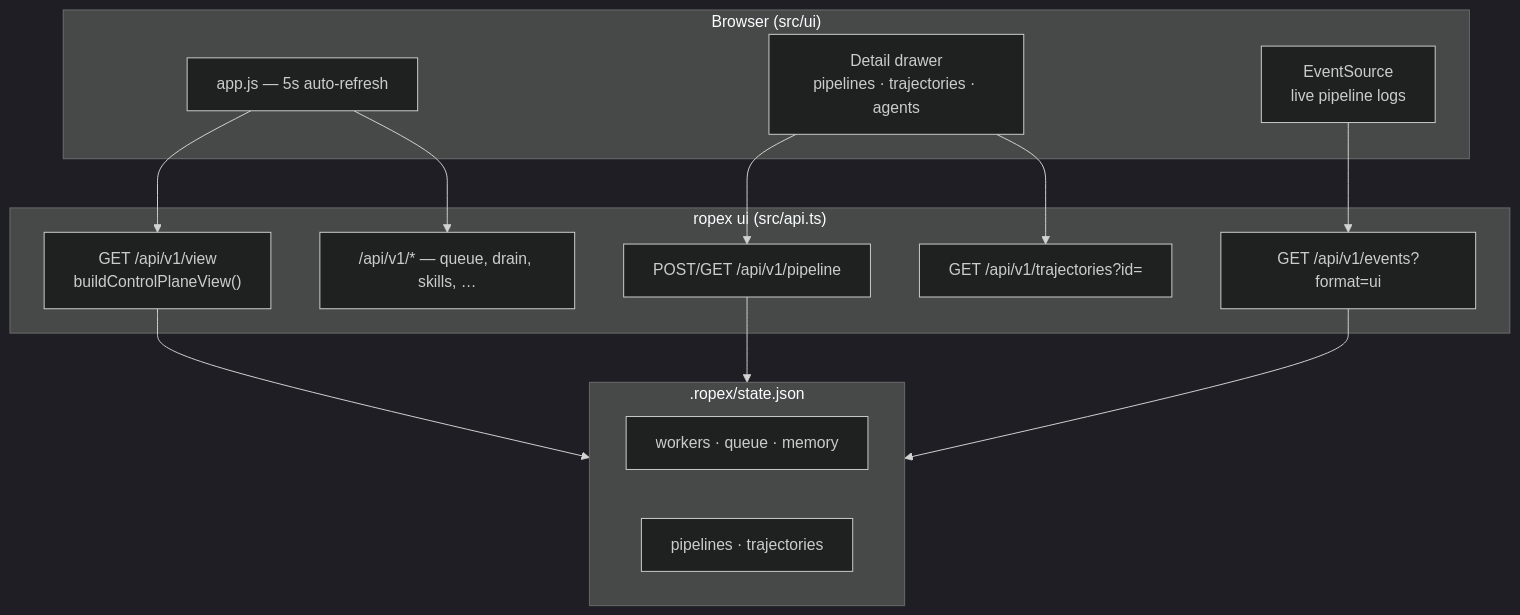
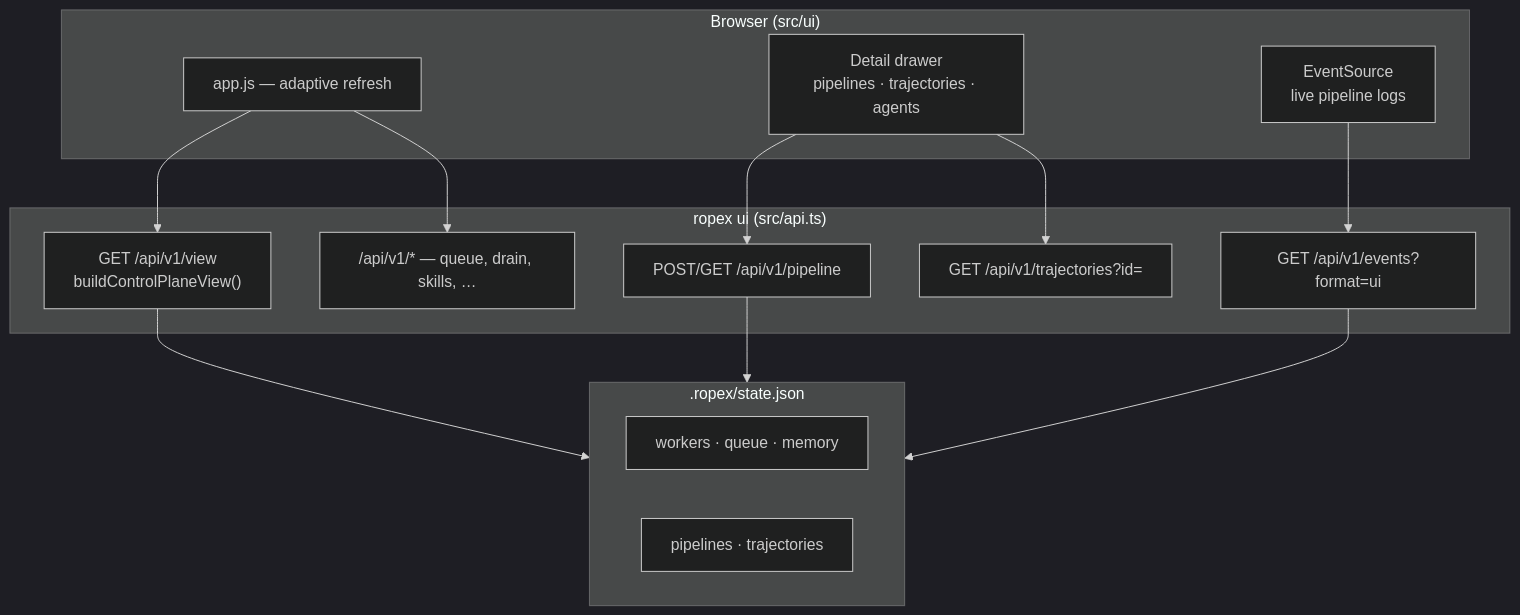
The diagram in docs/control-plane-ui.md (amirsdream/ropex), drawn with Mermaid (dark theme) before and after one commit. The commit also changed other lines of this file and 11 other files, not shown here.

````diff
--- a/docs/control-plane-ui.md
+++ b/docs/control-plane-ui.md
@@ -37,30 +51,30 @@
 ```mermaid
 flowchart TB
   subgraph Browser["Browser (src/ui)"]
-    APP["app.js — 5s auto-refresh"]
+    APP["app.js — adaptive refresh"]
     DRAWER["Detail drawer\npipelines · trajectories · agents"]
     SSE["EventSource\nlive pipeline logs"]
   end
 
   subgraph Server["ropex ui (src/api.ts)"]
     VIEW["GET /api/v1/view\nbuildControlPlaneView()"]
     PIPE["POST/GET /api/v1/pipeline"]
     EV["GET /api/v1/events?format=ui"]
     TRAJ["GET /api/v1/trajectories?id="]
     REST["/api/v1/* — queue, drain, skills, …"]
   end
 
   subgraph State[".ropex/state.json"]
     W["workers · queue · memory"]
     P["pipelines · trajectories"]
   end
 
   APP --> VIEW
   DRAWER --> PIPE
   DRAWER --> TRAJ
   SSE --> EV
   APP --> REST
   VIEW --> State
   PIPE --> State
   EV --> State
 ```
````
